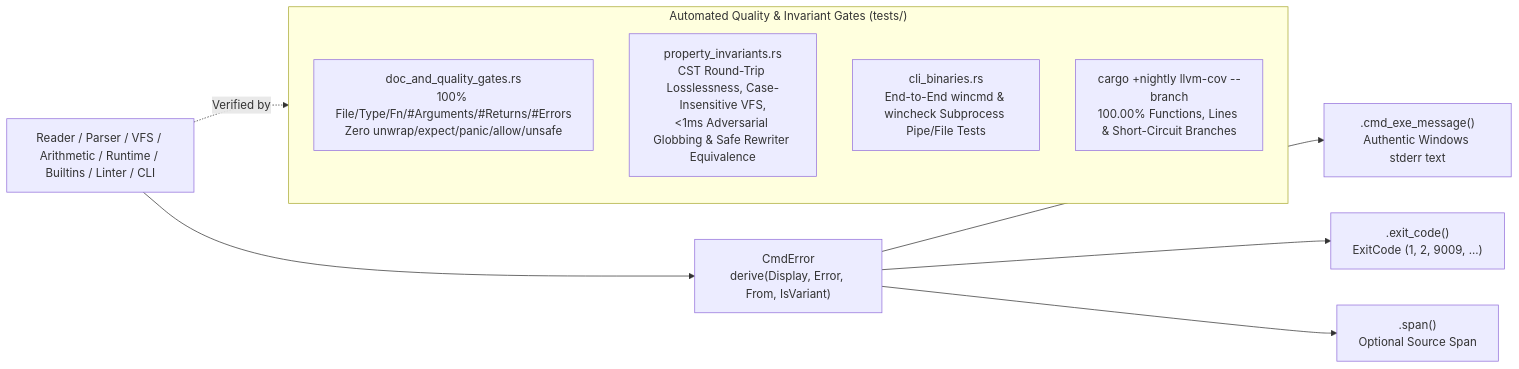
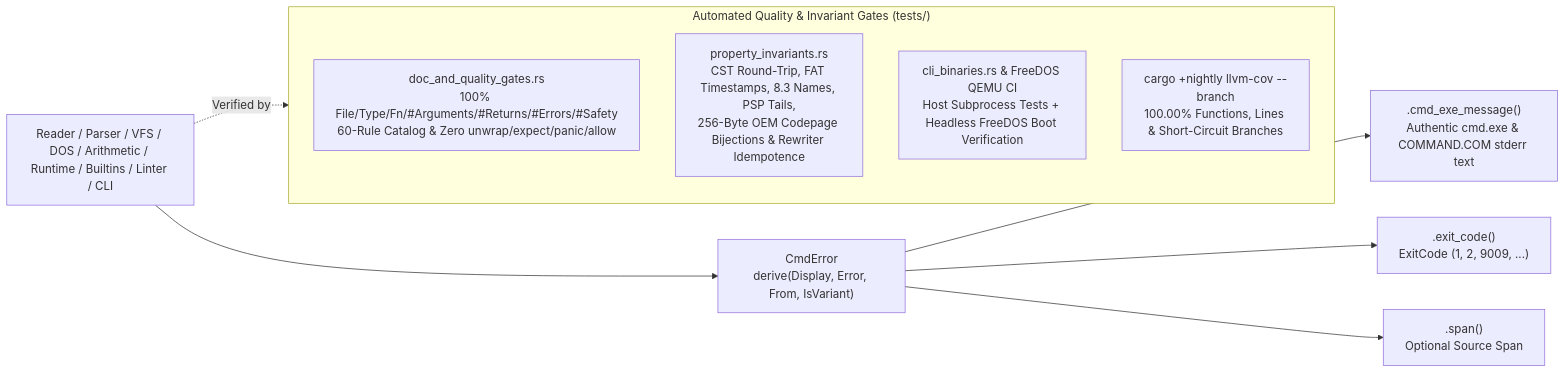
Diagram 12 of 15 in ARCHITECTURE.md (SamuelMarks/win-cmd-rs), drawn with Mermaid before and after one commit. The commit also changed other lines of this file and 89 other files, not shown here.

````diff
--- a/ARCHITECTURE.md
+++ b/ARCHITECTURE.md
@@ -495,16 +506,16 @@
 ```mermaid
 flowchart LR
-    SUB["Reader / Parser / VFS / Arithmetic / Runtime / Builtins / Linter / CLI"] --> ERR["CmdError<br/>derive(Display, Error, From, IsVariant)"]
-    ERR --> MSG[".cmd_exe_message()<br/>Authentic Windows stderr text"]
+    SUB["Reader / Parser / VFS / DOS / Arithmetic / Runtime / Builtins / Linter / CLI"] --> ERR["CmdError<br/>derive(Display, Error, From, IsVariant)"]
+    ERR --> MSG[".cmd_exe_message()<br/>Authentic cmd.exe &amp; COMMAND.COM stderr text"]
     ERR --> CODE[".exit_code()<br/>ExitCode (1, 2, 9009, ...)"]
     ERR --> SP[".span()<br/>Optional Source Span"]
 
     subgraph Gates["Automated Quality & Invariant Gates (tests/)"]
-        G1["doc_and_quality_gates.rs<br/>100% File/Type/Fn/#Arguments/#Returns/#Errors<br/>Zero unwrap/expect/panic/allow/unsafe"]
-        G2["property_invariants.rs<br/>CST Round-Trip Losslessness, Case-Insensitive VFS,<br/>&lt;1ms Adversarial Globbing &amp; Safe Rewriter Equivalence"]
-        G3["cli_binaries.rs<br/>End-to-End wincmd &amp; wincheck Subprocess Pipe/File Tests"]
+        G1["doc_and_quality_gates.rs<br/>100% File/Type/Fn/#Arguments/#Returns/#Errors/#Safety<br/>60-Rule Catalog &amp; Zero unwrap/expect/panic/allow"]
+        G2["property_invariants.rs<br/>CST Round-Trip, FAT Timestamps, 8.3 Names, PSP Tails,<br/>256-Byte OEM Codepage Bijections &amp; Rewriter Idempotence"]
+        G3["cli_binaries.rs &amp; FreeDOS QEMU CI<br/>Host Subprocess Tests + Headless FreeDOS Boot Verification"]
         G4["cargo +nightly llvm-cov --branch<br/>100.00% Functions, Lines &amp; Short-Circuit Branches"]
     end
 
     SUB -. "Verified by" .-> Gates
 ```
````
